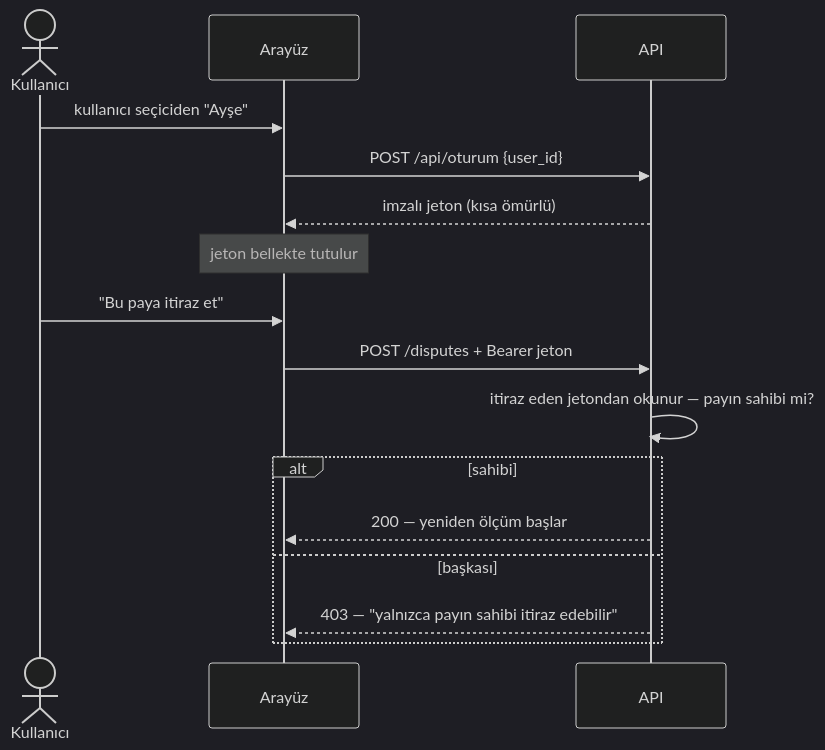
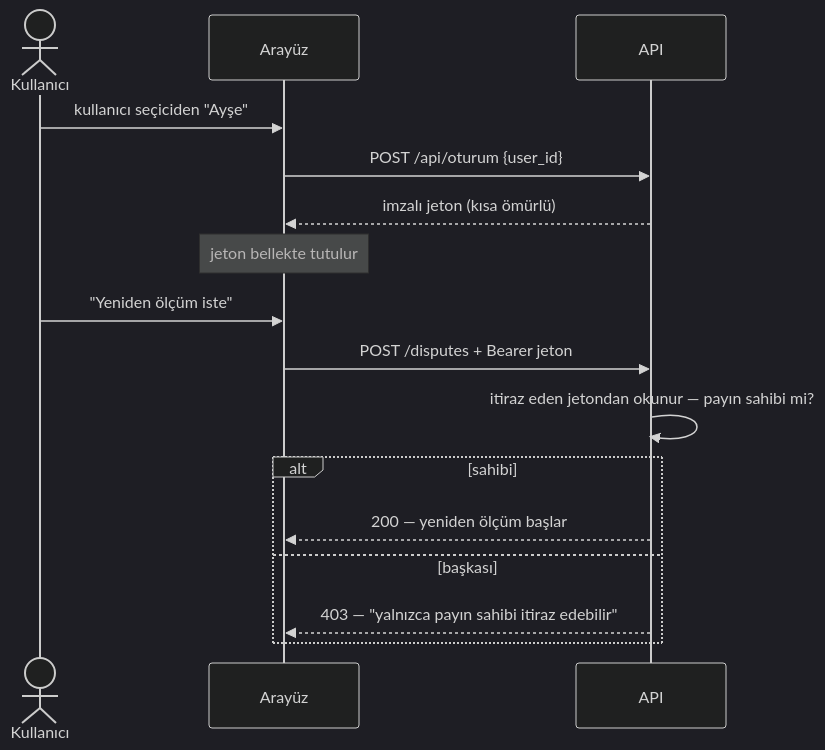
One commit to hamzabdk36-cyber/N-Emek changed the sixth of 6 diagrams in docs/KULLANICI-AKISLARI.md. Above: the diagram before and after it, drawn with Mermaid (dark theme). The commit also changed other lines of this file and 7 other files, not shown here.

````diff
--- a/docs/KULLANICI-AKISLARI.md
+++ b/docs/KULLANICI-AKISLARI.md
@@ -256,19 +256,19 @@
 ```mermaid
 sequenceDiagram
     actor U as Kullanıcı
     participant UI as Arayüz
     participant API as API
 
     U->>UI: kullanıcı seçiciden "Ayşe"
     UI->>API: POST /api/oturum {user_id}
     API-->>UI: imzalı jeton (kısa ömürlü)
     Note over UI: jeton bellekte tutulur
-    U->>UI: "Bu paya itiraz et"
+    U->>UI: "Yeniden ölçüm iste"
     UI->>API: POST /disputes + Bearer jeton
     API->>API: itiraz eden jetondan okunur — payın sahibi mi?
     alt sahibi
         API-->>UI: 200 — yeniden ölçüm başlar
     else başkası
         API-->>UI: 403 — "yalnızca payın sahibi itiraz edebilir"
     end
 ```
````
